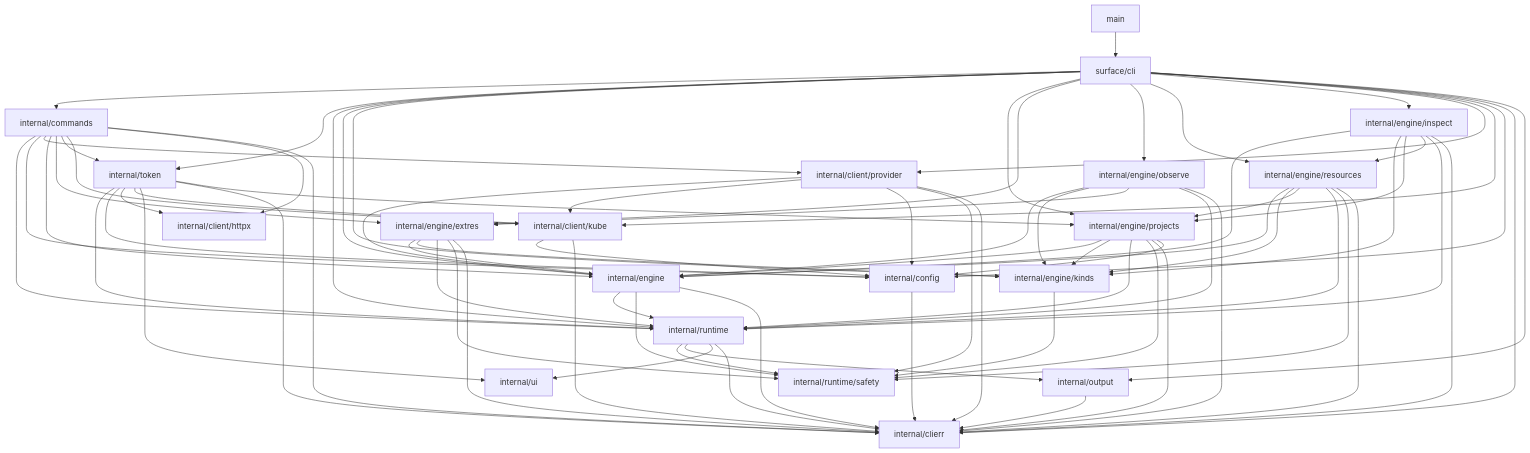
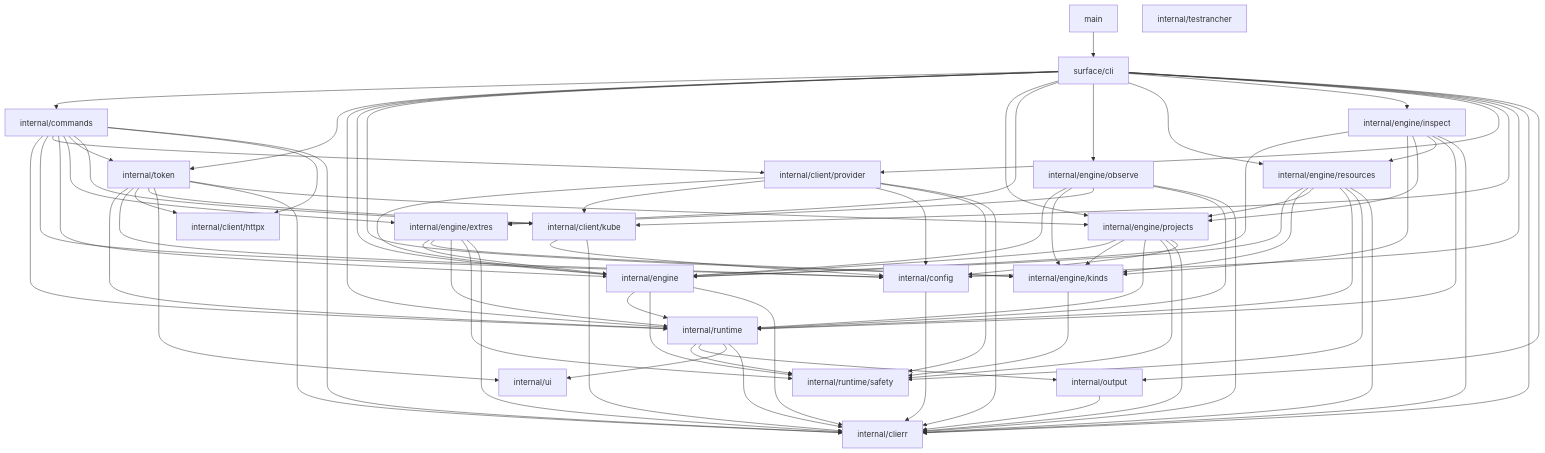
The diagram in ARCHITECTURE.md (rancher/rancher-cli), drawn with Mermaid before and after one commit. The commit also changed other lines of this file and 4 other files, not shown here.

```diff
--- a/ARCHITECTURE.md
+++ b/ARCHITECTURE.md
@@ -88,6 +89,7 @@
     output["internal/output"]
     clierr["internal/clierr"]
     ui["internal/ui"]
+    testrancher["internal/testrancher"]
 
     main --> cli
 
```
